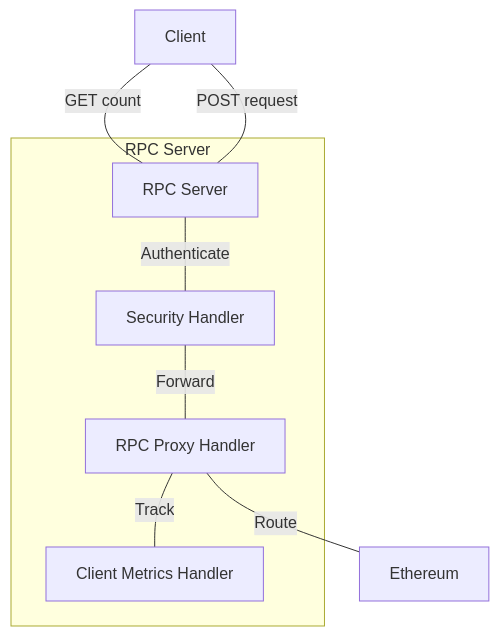
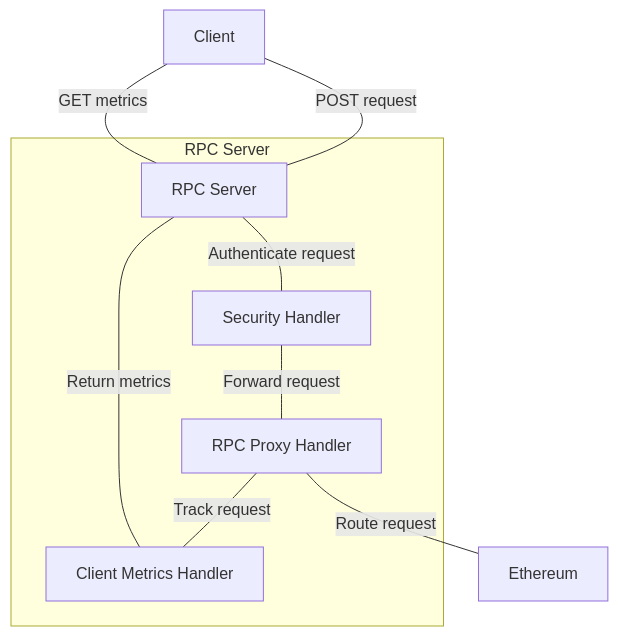
Before and after one commit to tom-craven/ethereum-rpc-gateway-proxy: the diagram in README.md, drawn with Mermaid. The commit also changed other lines of this file, not shown here.

````diff
--- a/README.md
+++ b/README.md
@@ -44,24 +44,22 @@
 ```mermaid
 flowchart TB
   cl["Client"]
   eth["Ethereum"]
 
   subgraph RPC Server
     rps[RPC Server]
     sch["Security Handler"]
     clm["Client Metrics Handler"]
     jrp["RPC Proxy Handler"]
-  %%    rps[RPC Server]
-  %%    clm["Client Metrics Handler"]
-  %%    dm["Dram Platform"]
+
   end
-  cl ---|GET count| rps
+  cl ---|GET metrics| rps
   cl ---|POST request| rps
-  rps ---|Authenticate| sch
-  sch ---|Forward| jrp
-  jrp ---|Route| eth
-  jrp ---|Track| clm
-
+  rps ---|Authenticate request| sch
+  sch ---|Forward request| jrp
+  jrp ---|Route request| eth
+  rps ---|Return metrics| clm
+  jrp ---|Track request| clm
 
 
 ```
````
